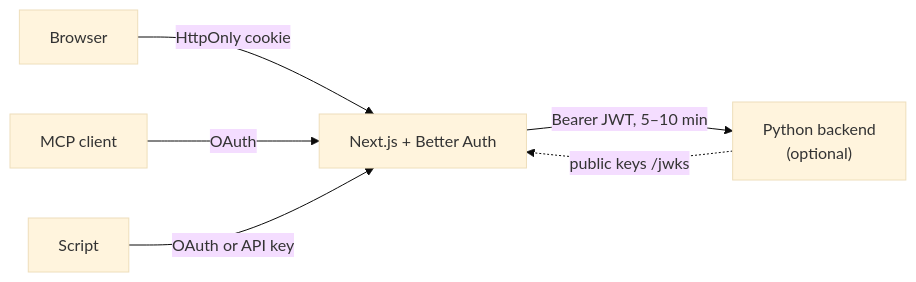
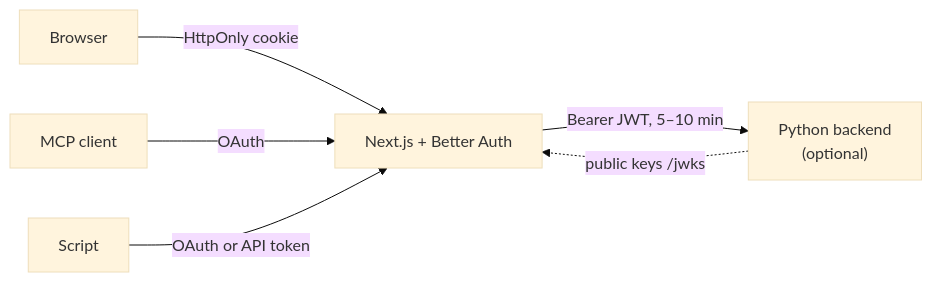
Before and after one commit to Marceltov/engineering-conventions: the diagram in docs/architecture/sign-in.md, drawn with Mermaid (base theme). The commit also changed other lines of this file and 5 other files, not shown here.

````diff
--- a/docs/architecture/sign-in.md
+++ b/docs/architecture/sign-in.md
@@ -11,8 +11,8 @@
 ```mermaid
 flowchart LR
   browser["Browser"] -- "HttpOnly cookie" --> next["Next.js + Better Auth"]
   claude["MCP client"] -- "OAuth" --> next
-  script["Script"] -- "OAuth or API key" --> next
+  script["Script"] -- "OAuth or API token" --> next
   next -- "Bearer JWT, 5–10 min" --> py["Python backend<br/>(optional)"]
   py -. "public keys /jwks" .-> next
 ```
````
